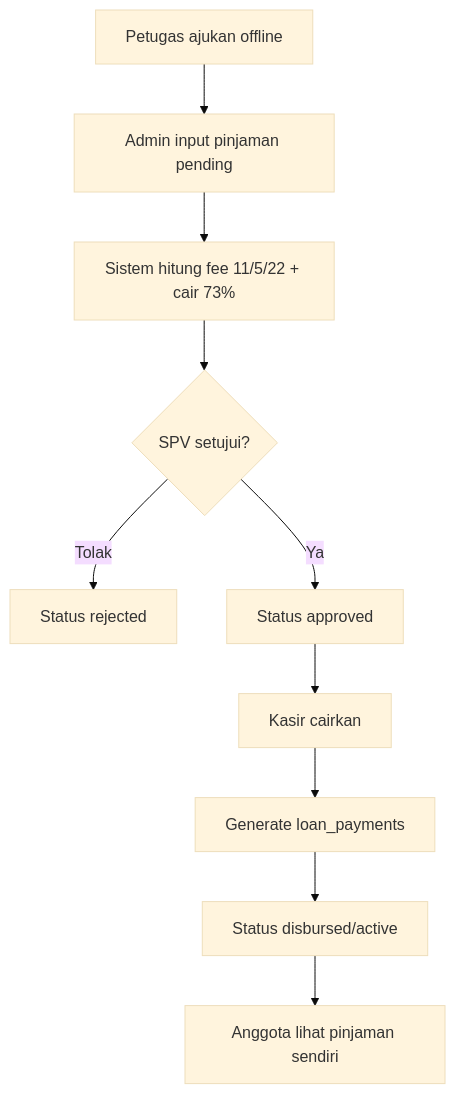
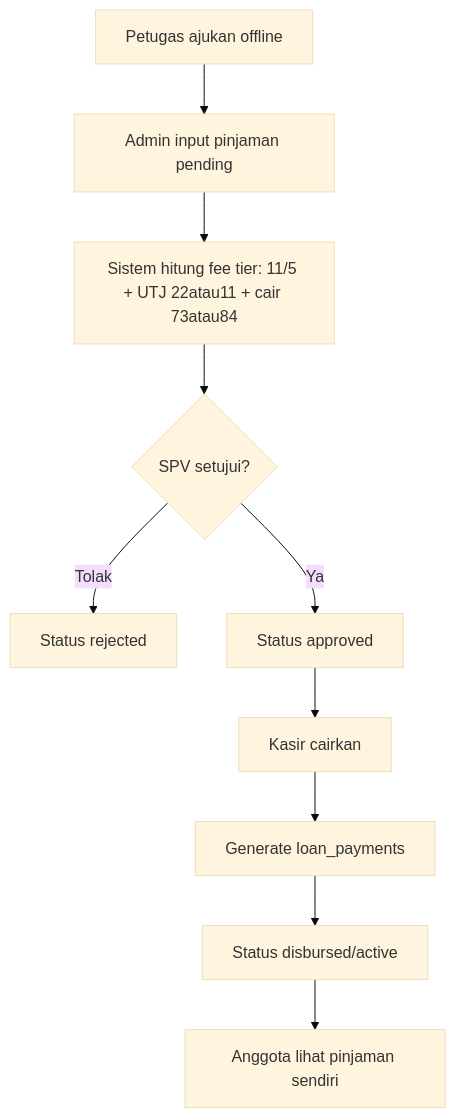
The second of 4 diagrams in ACTIVITY_DIAGRAM.md (adrianakbar/karya_tantri_abadi), drawn with Mermaid (base theme) before and after one commit. The commit also changed 14 other files, not shown here.

````diff
--- a/ACTIVITY_DIAGRAM.md
+++ b/ACTIVITY_DIAGRAM.md
@@ -40,12 +40,12 @@
 ```mermaid
 flowchart TD
     Offline[Petugas ajukan offline] --> Admin[Admin input pinjaman pending]
-    Admin --> Calc[Sistem hitung fee 11/5/22 + cair 73%]
+    Admin --> Calc[Sistem hitung fee tier: 11/5 + UTJ 22atau11 + cair 73atau84]
     Calc --> SPV{SPV setujui?}
     SPV -- Tolak --> Rejected[Status rejected]
     SPV -- Ya --> Approved[Status approved]
     Approved --> Kasir[Kasir cairkan]
     Kasir --> Jadwal[Generate loan_payments]
     Jadwal --> Active[Status disbursed/active]
     Active --> AnggotaLihat[Anggota lihat pinjaman sendiri]
 ```
````
